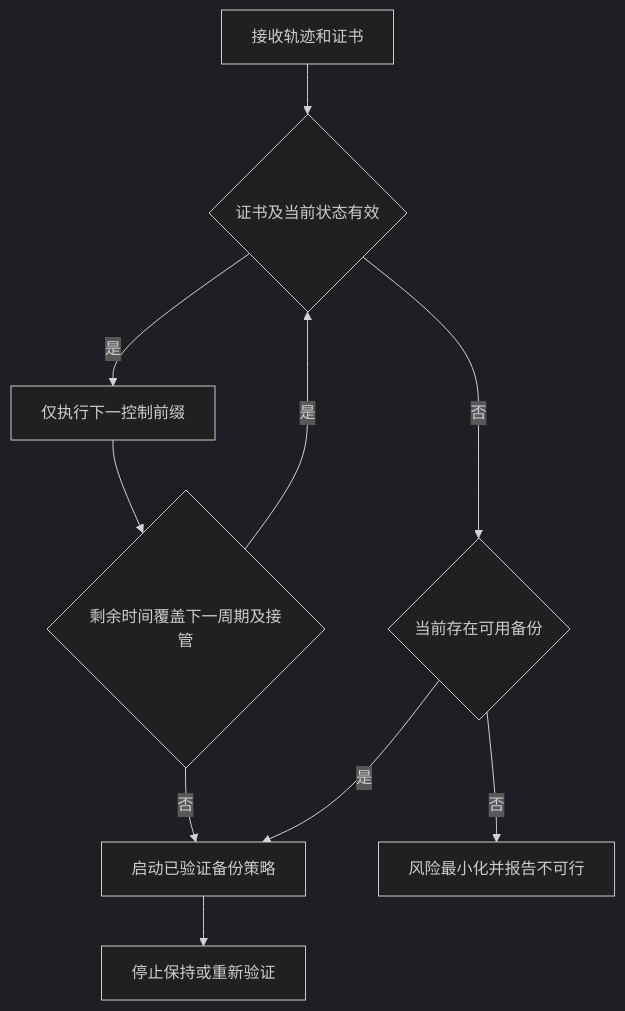
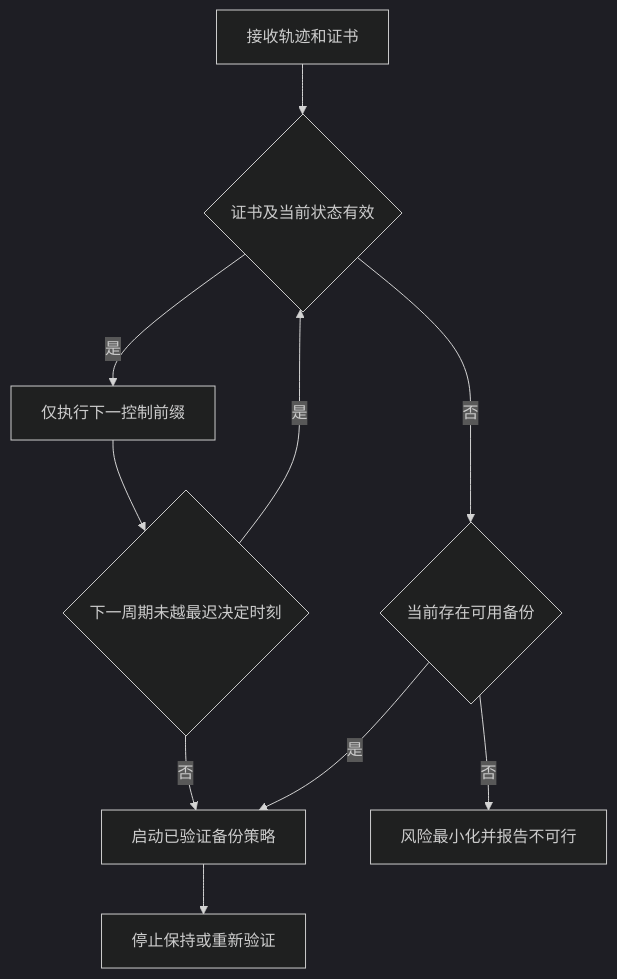
One commit to fenwickxie/research-ip-docs changed the second of 2 diagrams in patient/导航规划控制/01_patent_a_occlusion_handover_certificate_disclosure_20261015.md. Above: the diagram before and after it, drawn with Mermaid (dark theme). The commit also changed other lines of this file and 6 other files, not shown here.

````diff
--- a/patient/导航规划控制/01_patent_a_occlusion_handover_certificate_disclosure_20261015.md
+++ b/patient/导航规划控制/01_patent_a_occlusion_handover_certificate_disclosure_20261015.md
@@ -182,12 +224,12 @@
 ```mermaid
 flowchart TD
     Start[接收轨迹和证书] --> Check{证书及当前状态有效}
     Check -- 是 --> Prefix[仅执行下一控制前缀]
-    Prefix --> Margin{剩余时间覆盖下一周期及接管}
+    Prefix --> Margin{下一周期未越最迟决定时刻}
     Margin -- 是 --> Check
     Margin -- 否 --> Backup[启动已验证备份策略]
     Check -- 否 --> Recheck{当前存在可用备份}
     Recheck -- 是 --> Backup
     Recheck -- 否 --> Mitigate[风险最小化并报告不可行]
     Backup --> Stop[停止保持或重新验证]
 ```
````
